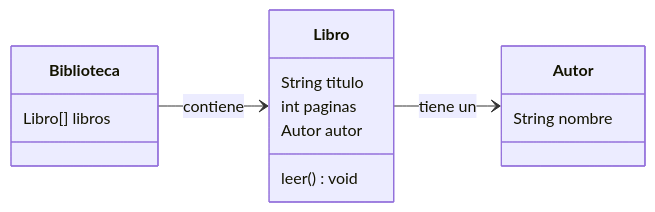
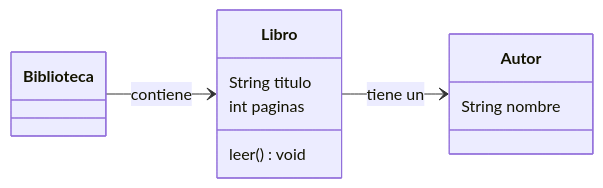
Before and after one commit to danielmartinan/entornos_desarrollo_2024-25: the fourth of 6 diagrams in UD4 - Introducción a POO, diagramas UML y diagramas de clases/ud04_1_introduccion_poo_uml.md, drawn with Mermaid. The commit also changed 1 other file, not shown here.

Commit message:
Correcciones menores

````diff
--- a/UD4 - Introducción a POO, diagramas UML y diagramas de clases/ud04_1_introduccion_poo_uml.md
+++ b/UD4 - Introducción a POO, diagramas UML y diagramas de clases/ud04_1_introduccion_poo_uml.md
@@ -681,18 +681,16 @@
 ```mermaid
 classDiagram
     direction LR
     class Biblioteca {
-        Libro[] libros
     }
     class Libro {
         String titulo
         int paginas
-        Autor autor
         leer() void
     }
     class Autor {
         String nombre
     }
     Biblioteca --> Libro : contiene
     Libro --> Autor : tiene un
 ```
````
